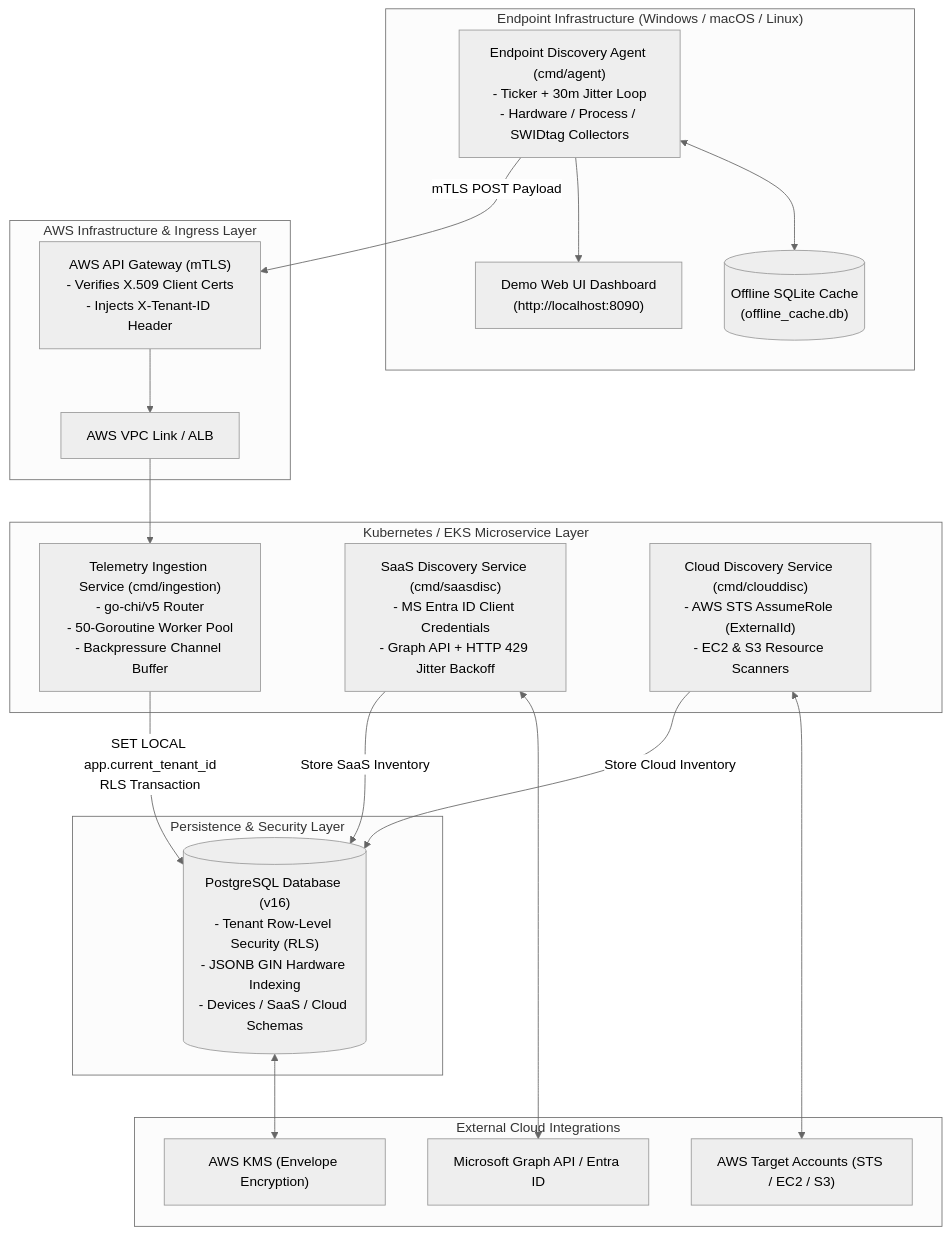
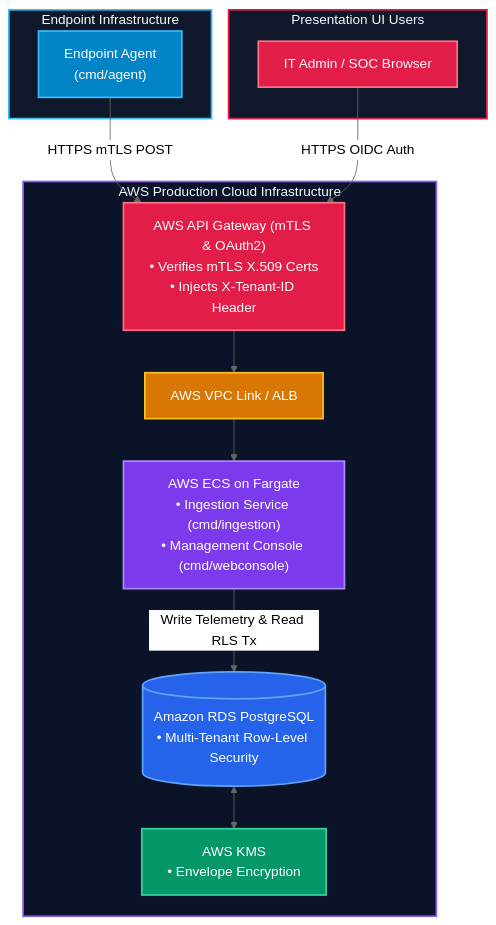
One commit to pragasamm/TertiusEye changed the fourth of 6 diagrams in IMPLEMENTATION_PLAN.md. Above: the diagram before and after it, drawn with Mermaid (neutral theme). The commit also changed other lines of this file and 7 other files, not shown here.

````diff
--- a/IMPLEMENTATION_PLAN.md
+++ b/IMPLEMENTATION_PLAN.md
@@ -11,47 +163,36 @@
 ```mermaid
 flowchart TB
-    subgraph Endpoints["Endpoint Infrastructure (Windows / macOS / Linux)"]
-        AgentDaemon["Endpoint Discovery Agent (cmd/agent)\n- Ticker + 30m Jitter Loop\n- Hardware / Process / SWIDtag Collectors"]
-        SQLiteCache[("Offline SQLite Cache\n(offline_cache.db)")]
-        LocalUI["Demo Web UI Dashboard\n(http://localhost:8090)"]
-
-        AgentDaemon <--> SQLiteCache
-        AgentDaemon --> LocalUI
+    subgraph LocalAgent["Endpoint Infrastructure"]
+        Agent["Endpoint Agent<br/>(cmd/agent)"]
     end
 
-    subgraph Ingress["AWS Infrastructure & Ingress Layer"]
-        APIGateway["AWS API Gateway (mTLS)\n- Verifies X.509 Client Certs\n- Injects X-Tenant-ID Header"]
+    subgraph AWSCloud["AWS Production Cloud Infrastructure"]
+        APIGateway["AWS API Gateway (mTLS & OAuth2)<br/>• Verifies mTLS X.509 Certs<br/>• Injects X-Tenant-ID Header"]
         VPCLink["AWS VPC Link / ALB"]
-        
-        APIGateway --> VPCLink
+        ECSCluster["AWS ECS on Fargate<br/>• Ingestion Service (cmd/ingestion)<br/>• Management Console (cmd/webconsole)"]
+        RDSPostgres[("Amazon RDS PostgreSQL<br/>• Multi-Tenant Row-Level Security")]
+        AWSKMS["AWS KMS<br/>• Envelope Encryption"]
+
+        APIGateway --> VPCLink --> ECSCluster
+        ECSCluster -- "Write Telemetry & Read RLS Tx" --> RDSPostgres
+        RDSPostgres <--> AWSKMS
     end
 
-    subgraph Microservices["Kubernetes / EKS Microservice Layer"]
-        IngestionSvc["Telemetry Ingestion Service (cmd/ingestion)\n- go-chi/v5 Router\n- 50-Goroutine Worker Pool\n- Backpressure Channel Buffer"]
-        SaaSDiscSvc["SaaS Discovery Service (cmd/saasdisc)\n- MS Entra ID Client Credentials\n- Graph API + HTTP 429 Jitter Backoff"]
-        CloudDiscSvc["Cloud Discovery Service (cmd/clouddisc)\n- AWS STS AssumeRole (ExternalId)\n- EC2 & S3 Resource Scanners"]
+    subgraph AdminUser["Presentation UI Users"]
+        AdminBrowser["IT Admin / SOC Browser"]
     end
 
-    subgraph ExternalServices["External Cloud Integrations"]
-        MSGraph["Microsoft Graph API / Entra ID"]
-        AWSSTS["AWS Target Accounts (STS / EC2 / S3)"]
-        AWSKMS["AWS KMS (Envelope Encryption)"]
-    end
+    Agent -- "HTTPS mTLS POST" --> APIGateway
+    AdminBrowser -- "HTTPS OIDC Auth" --> APIGateway
 
-    subgraph Persistence["Persistence & Security Layer"]
-        PostgreSQL[("PostgreSQL Database (v16)\n- Tenant Row-Level Security (RLS)\n- JSONB GIN Hardware Indexing\n- Devices / SaaS / Cloud Schemas")]
-    end
-
-    %% Flow Connections
-    AgentDaemon -- "mTLS POST Payload" --> APIGateway
-    VPCLink --> IngestionSvc
-    IngestionSvc -- "SET LOCAL app.current_tenant_id\nRLS Transaction" --> PostgreSQL
-    
-    SaaSDiscSvc <--> MSGraph
-    SaaSDiscSvc -- "Store SaaS Inventory" --> PostgreSQL
-
-    CloudDiscSvc <--> AWSSTS
-    CloudDiscSvc -- "Store Cloud Inventory" --> PostgreSQL
-
-    PostgreSQL <--> AWSKMS
+    style LocalAgent fill:#0f172a,stroke:#38bdf8,stroke-width:2px,color:#f8fafc
+    style AWSCloud fill:#0b1329,stroke:#8b5cf6,stroke-width:2px,color:#f8fafc
+    style AdminUser fill:#0f172a,stroke:#e11d48,stroke-width:2px,color:#f8fafc
+    style Agent fill:#0284c7,stroke:#38bdf8,stroke-width:2px,color:#ffffff
+    style APIGateway fill:#e11d48,stroke:#fb7185,stroke-width:2px,color:#ffffff
+    style VPCLink fill:#d97706,stroke:#fbbf24,stroke-width:2px,color:#ffffff
+    style ECSCluster fill:#7c3aed,stroke:#a78bfa,stroke-width:2px,color:#ffffff
+    style RDSPostgres fill:#2563eb,stroke:#60a5fa,stroke-width:2px,color:#ffffff
+    style AWSKMS fill:#059669,stroke:#34d399,stroke-width:2px,color:#ffffff
+    style AdminBrowser fill:#e11d48,stroke:#fb7185,stroke-width:2px,color:#ffffff
 ```
````
